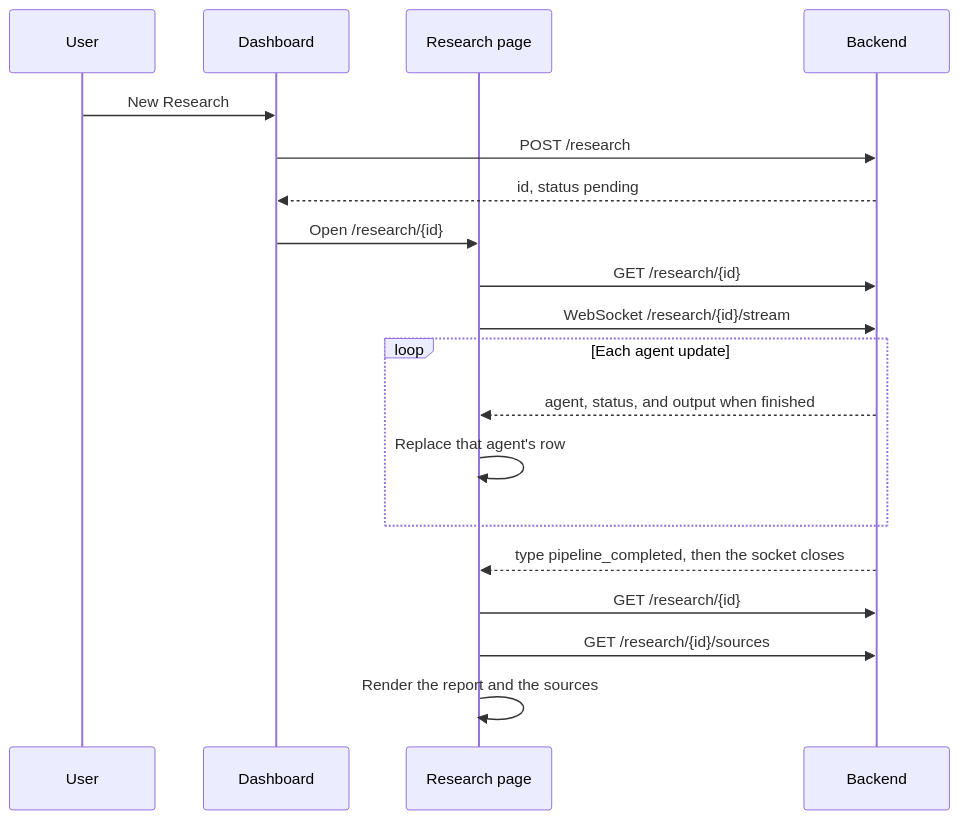
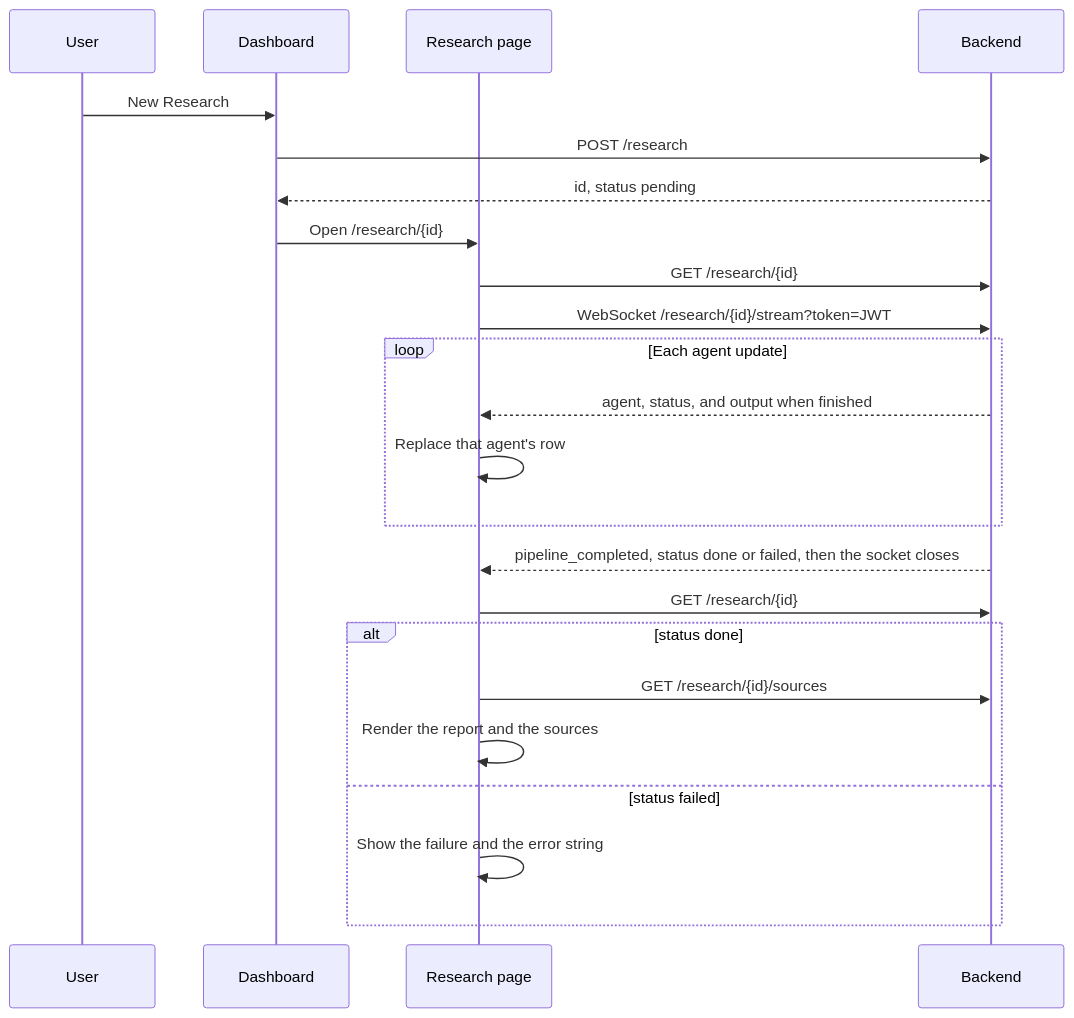
The diagram in README.md (raosam23/query-nest-frontend), drawn with Mermaid before and after one commit. The commit also changed other lines of this file and 14 other files, not shown here.

First line of the commit message:
feat: send the JWT on the research progress socket (#3)

````diff
--- a/README.md
+++ b/README.md
@@ -107,22 +109,26 @@
 ```mermaid
 sequenceDiagram
     participant U as User
     participant D as Dashboard
     participant R as Research page
     participant B as Backend
 
     U->>D: New Research
     D->>B: POST /research
     B-->>D: id, status pending
     D->>R: Open /research/{id}
     R->>B: GET /research/{id}
-    R->>B: WebSocket /research/{id}/stream
+    R->>B: WebSocket /research/{id}/stream?token=JWT
     loop Each agent update
         B-->>R: agent, status, and output when finished
         R->>R: Replace that agent's row
     end
-    B-->>R: type pipeline_completed, then the socket closes
+    B-->>R: pipeline_completed, status done or failed, then the socket closes
     R->>B: GET /research/{id}
-    R->>B: GET /research/{id}/sources
-    R->>R: Render the report and the sources
+    alt status done
+        R->>B: GET /research/{id}/sources
+        R->>R: Render the report and the sources
+    else status failed
+        R->>R: Show the failure and the error string
+    end
 ```
````
